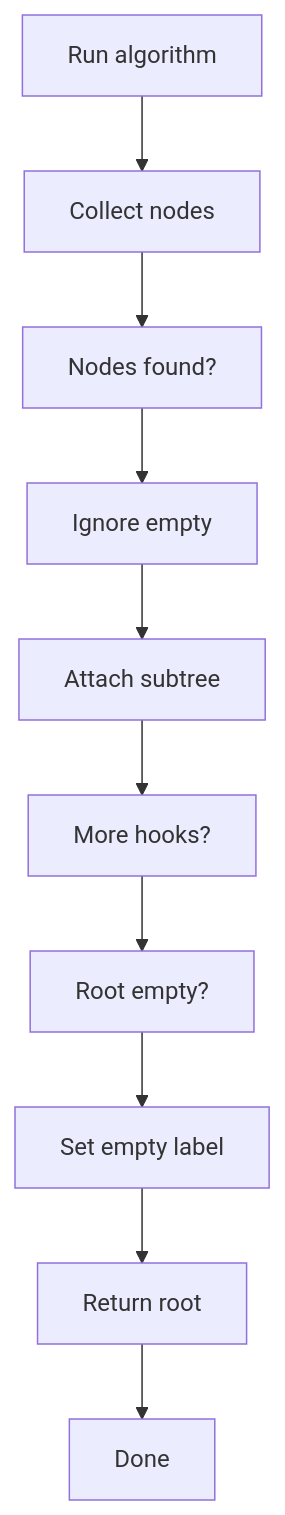
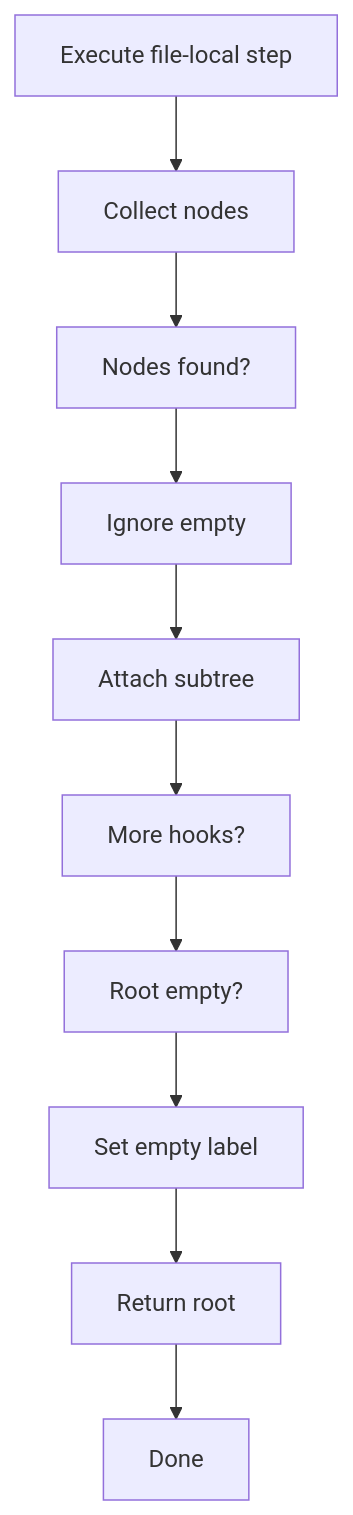
One commit to JohnAndrewBalbarosa/NeoTerritory changed the second of 2 diagrams in docs/Codebase/Microservice/Modules/Source/Trees/ClassGeneration/VirtualBroken/Creational/tree.cpp.md. Above: the diagram before and after it, drawn with Mermaid. The commit also changed other lines of this file and 925 other files, not shown here.

````diff
--- a/docs/Codebase/Microservice/Modules/Source/Trees/ClassGeneration/VirtualBroken/Creational/tree.cpp.md
+++ b/docs/Codebase/Microservice/Modules/Source/Trees/ClassGeneration/VirtualBroken/Creational/tree.cpp.md
@@ -54,22 +53,22 @@
 ```mermaid
 flowchart TD
-    N0["Run algorithm"]
+    N0["Execute file-local step"]
     N1["Collect nodes"]
     N2["Nodes found?"]
     N3["Ignore empty"]
     N4["Attach subtree"]
     N5["More hooks?"]
     N6["Root empty?"]
     N7["Set empty label"]
     N8["Return root"]
     N9["Done"]
     N0 --> N1
     N1 --> N2
     N2 --> N3
     N3 --> N4
     N4 --> N5
     N5 --> N6
     N6 --> N7
     N7 --> N8
     N8 --> N9
 ```
````
